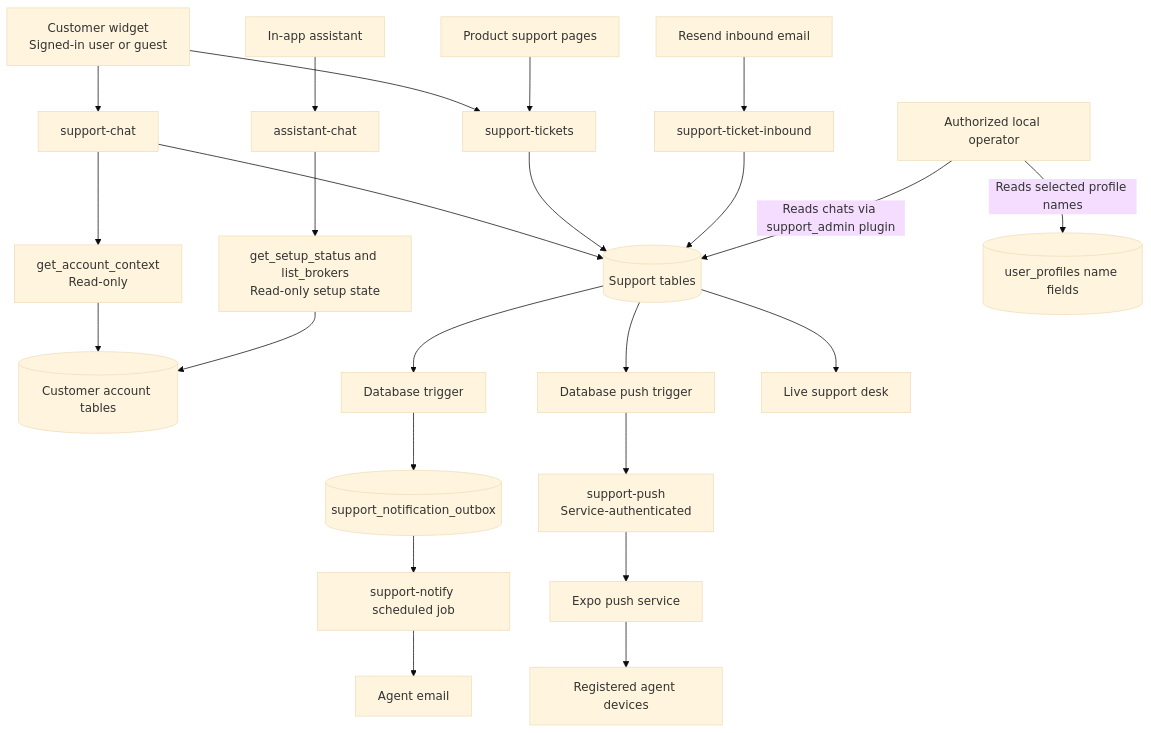
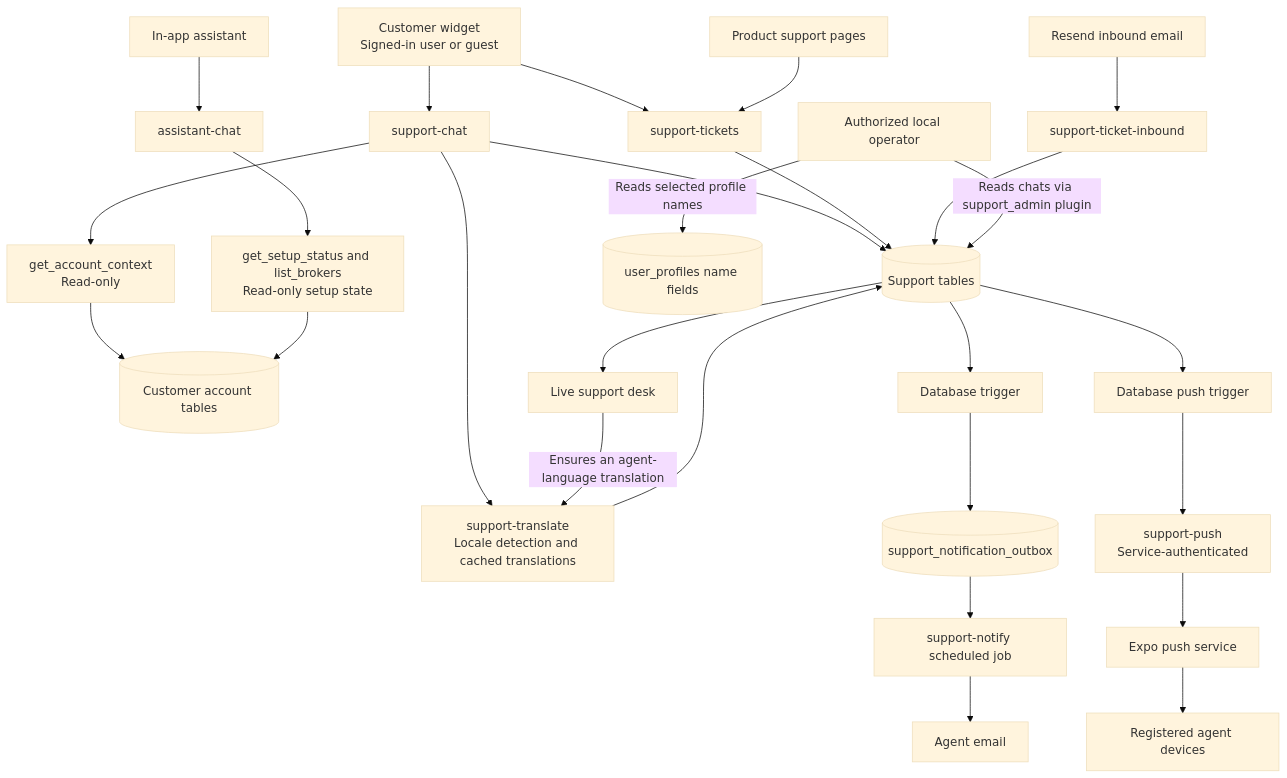
Before and after one commit to BZetsu/TScopier: the ninth of 11 diagrams in docs/architecture.md, drawn with Mermaid (base theme). The commit also changed other lines of this file and 14 other files, not shown here.

Commit message:
feat(support): add Turkish support chat translations

````diff
--- a/docs/architecture.md
+++ b/docs/architecture.md
@@ -507,31 +507,34 @@
 ```mermaid
 flowchart TB
     Widget["Customer widget\nSigned-in user or guest"]
     Email["Resend inbound email"]
     App["Product support pages"]
     ProductAssistant["In-app assistant"]
 
     Widget --> Chat["support-chat"]
     Widget --> Tickets["support-tickets"]
     App --> Tickets
     Email --> Inbound["support-ticket-inbound"]
     Chat --> SupportDB[("Support tables")]
+    Chat --> Translate["support-translate\nLocale detection and cached translations"]
+    Translate --> SupportDB
     Chat --> AccountContext["get_account_context\nRead-only"]
     AccountContext --> AccountDB[("Customer account tables")]
     ProductAssistant --> AssistantChat["assistant-chat"]
     AssistantChat --> SetupStatus["get_setup_status and list_brokers\nRead-only setup state"]
     SetupStatus --> AccountDB
     Tickets --> SupportDB
     Inbound --> SupportDB
     SupportDB --> Trigger["Database trigger"]
     Trigger --> Outbox[("support_notification_outbox")]
     Outbox --> Cron["support-notify scheduled job"]
     Cron --> Resend["Agent email"]
     SupportDB --> PushTrigger["Database push trigger"]
     PushTrigger --> Push["support-push\nService-authenticated"]
     Push --> Expo["Expo push service"]
     Expo --> Devices["Registered agent devices"]
     SupportDB --> Desk["Live support desk"]
+    Desk -->|"Ensures an agent-language translation"| Translate
     Operator["Authorized local operator"] -->|"Reads chats via support_admin plugin"| SupportDB
     Operator -->|"Reads selected profile names"| ProfileDB[("user_profiles name fields")]
 ```
````
